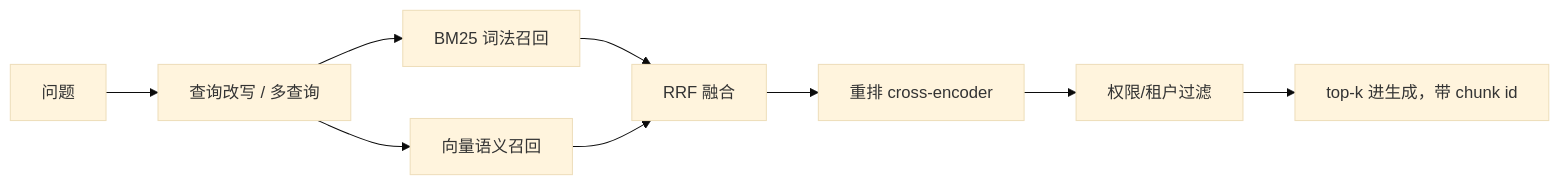
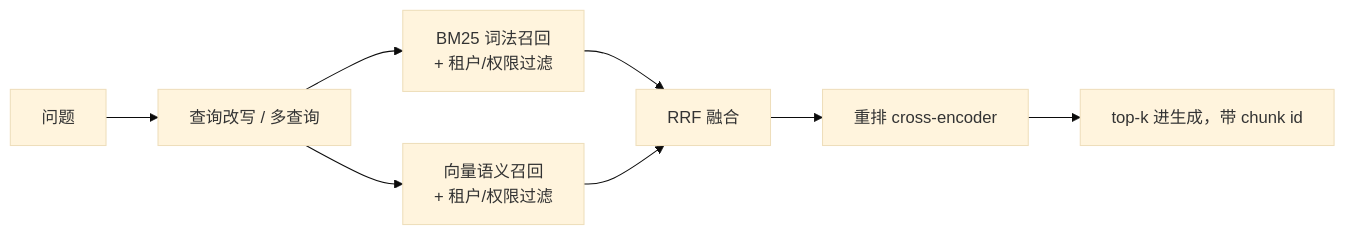
The diagram in docs/zh/tech/04-grounding/advanced-retrieval.md (zenHeart/learn-ai), drawn with Mermaid (base theme) before and after one commit. The commit also changed other lines of this file and 67 other files, not shown here.

````diff
--- a/docs/zh/tech/04-grounding/advanced-retrieval.md
+++ b/docs/zh/tech/04-grounding/advanced-retrieval.md
@@ -43,11 +43,10 @@
 ```mermaid
 flowchart LR
     Q[问题] --> W[查询改写 / 多查询]
-    W --> B[BM25 词法召回]
-    W --> V[向量语义召回]
+    W --> B[BM25 词法召回<br/>+ 租户/权限过滤]
+    W --> V[向量语义召回<br/>+ 租户/权限过滤]
     B --> F[RRF 融合]
     V --> F
     F --> R[重排 cross-encoder]
-    R --> ACL[权限/租户过滤]
-    ACL --> G[top-k 进生成，带 chunk id]
+    R --> G[top-k 进生成，带 chunk id]
 ```
````
